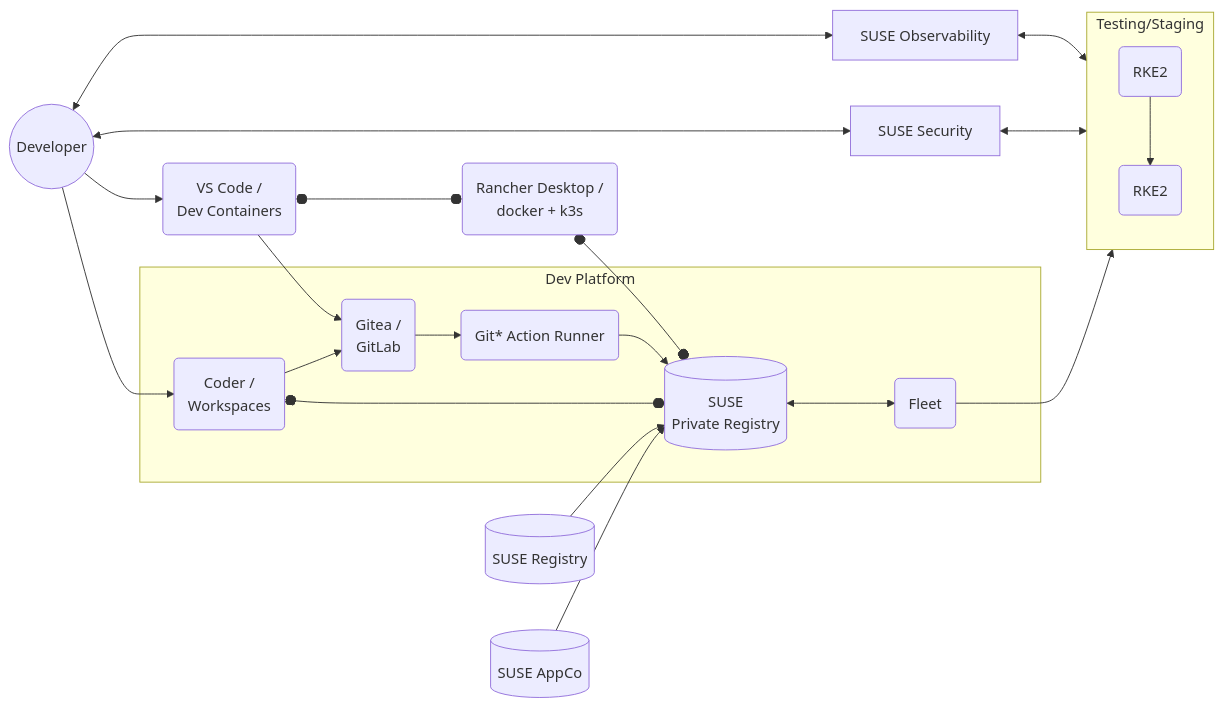
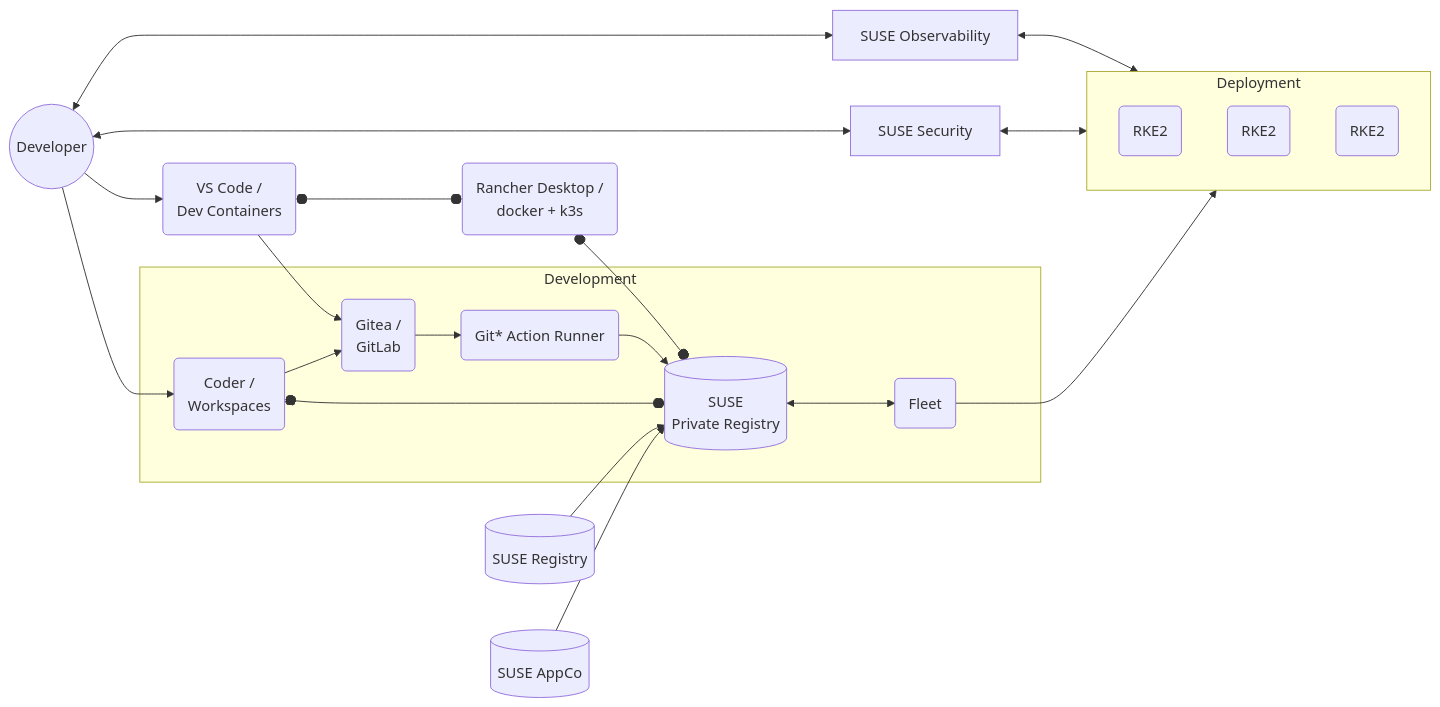
Before and after one commit to rancher/devx-designs: the diagram in docs/docs/intro.md, drawn with Mermaid.

Commit message:
Change cluster labels

````diff
--- a/docs/docs/intro.md
+++ b/docs/docs/intro.md
@@ -31,46 +31,47 @@
 ```mermaid
 flowchart LR
     Dev((Developer))
     --> VSC("VS Code /
     Dev Containers") 
     o--o RD("Rancher Desktop / 
             docker + k3s")
     Dev <--> SO
     Dev <--> SS
     RD o--o SPR
     VSC --> GT("Gitea /
             GitLab")
         Dev --> CD("Coder /
         Workspaces") 
-    subgraph RancherPrime["Dev Platform"]
+    subgraph RancherPrime["Development"]
         CD --> GT --> GHA(Git* Action Runner)
         --> SPR[("SUSE 
         Private Registry")] <--> FLT(Fleet)
         CD o--o SPR
     end
     SO["SUSE Observability"] <--> TEST
     SS["SUSE Security"] <--> TEST 
     FLT --> TEST
     %% FLT --> PROD 
 
     %% subgraph PROD[Prod Platform]
     %%     NODE1(RKE2)
     %%     NODE2(RKE2)
     %% end
-    subgraph TEST[Testing/Staging]
+    subgraph TEST[Deployment]
+        NODE1(RKE2)
+        NODE2(RKE2)
         NODE3(RKE2)
-        --> NODE4(RKE2)
     end
 
 
     %% VSC --> GH("Github")
     %% CD --> GH
     %% GH --> GHA
 
     %% VSC --> GL("Gitlab")
     %% CD --> GL
     %% GL --> GHA
 
     BCI[(SUSE Registry)] --> SPR
     AC[(SUSE AppCo)] --> SPR
 ```
````
